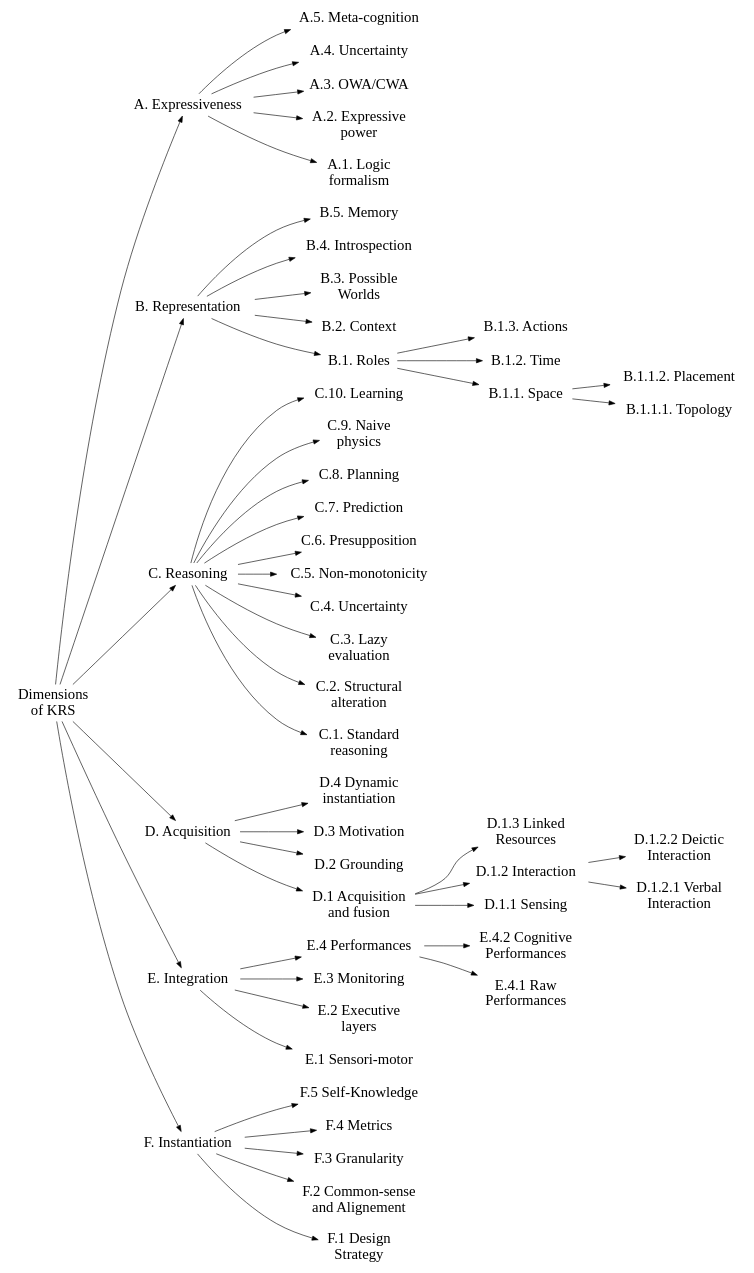
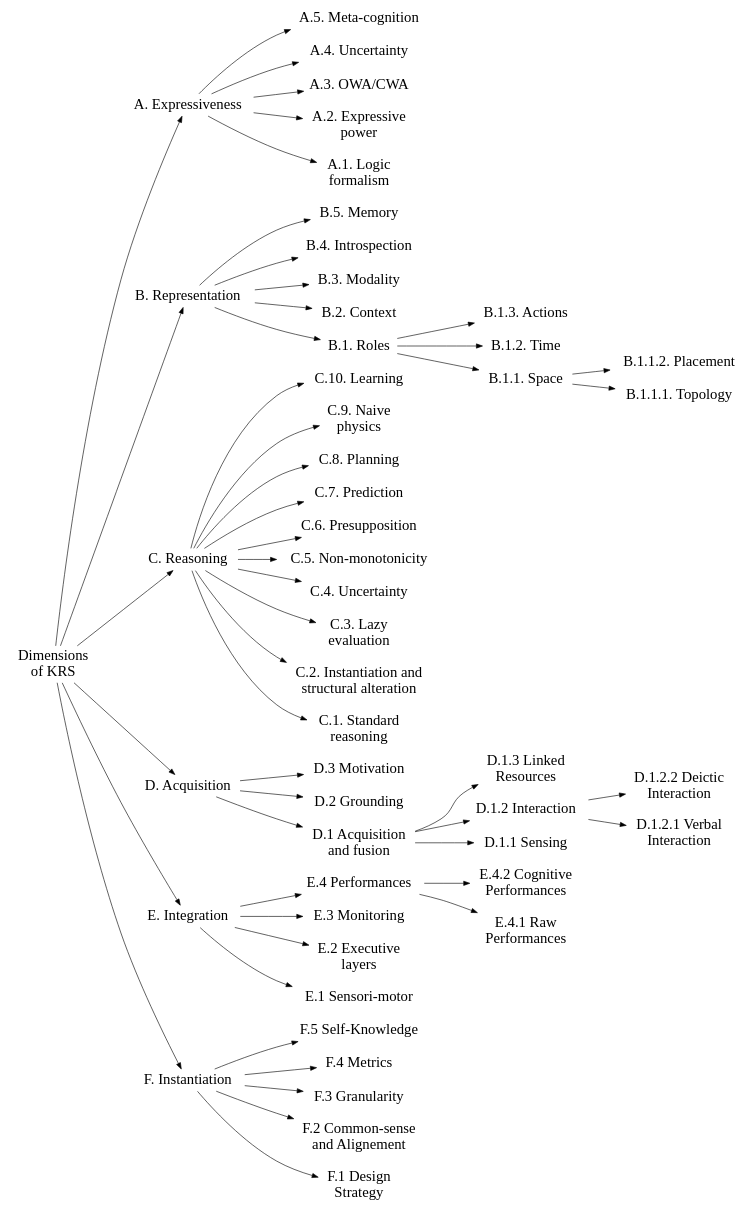
Before and after one commit to severin-lemaignan/these: the diagram in images/taxonomy.dot, drawn with Graphviz. The commit also changed 3 other files, not shown here.

```diff
--- a/images/taxonomy.dot
+++ b/images/taxonomy.dot
@@ -1,129 +1,127 @@
 strict digraph Knowledge {
 
 rankdir=LR;
 overlap=scale;
 
 node [shape=plaintext,fontsize=24,fontname="Ubuntu"];
 
 root [label="Dimensions\nof KRS"];
 root -> A;
 root -> B;
 root -> C;
 root -> D;
 root -> E;
 root -> F;
 
 F [label="F. Instantiation"];
 E [label="E. Integration"];
 D [label="D. Acquisition"];
 C [label="C. Reasoning"];
 B [label="B. Representation"];
 A [label="A. Expressiveness"];
 
 
 A5 [label="A.5. Meta-cognition"];
 A4 [label="A.4. Uncertainty"];
 A3 [label="A.3. OWA/CWA"];
 A2 [label="A.2. Expressive\n power"];
 A1 [label="A.1. Logic\n formalism"];
 
 A -> A1;
 A -> A2;
 A -> A3;
 A -> A4;
 A -> A5;
 
 B5 [label="B.5. Memory"];
 B4 [label="B.4. Introspection"];
-B3 [label="B.3. Possible\n Worlds"];
+B3 [label="B.3. Modality"];
 B2 [label="B.2. Context"];
 B1 [label="B.1. Roles"];
 
 
 B13 [label="B.1.3. Actions"];
 B12 [label="B.1.2. Time"];
 B11 [label="B.1.1. Space"];
 
 B112 [label="B.1.1.2. Placement"];
 B111 [label="B.1.1.1. Topology"];
 
 B -> B1 -> B11 -> B111;
            B11 -> B112;
      B1 -> B12;
      B1 -> B13;
 B -> B2;
 B -> B3;
 B -> B4;
 B -> B5;
 
 
 
 C10 [label="C.10. Learning"];
 C9 [label="C.9. Naive\n physics"];
 C8 [label="C.8. Planning"];
 C7 [label="C.7. Prediction"];
 C6 [label="C.6. Presupposition"];
 C5 [label="C.5. Non-monotonicity"];
 C4 [label="C.4. Uncertainty"];
 C3 [label="C.3. Lazy\n evaluation"];
-C2 [label="C.2. Structural\n alteration"];
+C2 [label="C.2. Instantiation and\n structural alteration"];
 C1 [label="C.1. Standard\n reasoning"];
 
 C -> C1;
 C -> C2;
 C -> C3;
 C -> C4;
 C -> C5;
 C -> C6;
 C -> C7;
 C -> C8;
 C -> C9;
 C -> C10;
 
-D4 [label="D.4 Dynamic\n instantiation"];
 D3 [label="D.3 Motivation"];
 D2 [label="D.2 Grounding"];
 D1 [label="D.1 Acquisition\n and fusion"];
 
 D13 [label="D.1.3 Linked\n Resources"];
 D12 [label="D.1.2 Interaction"];
 D11 [label="D.1.1 Sensing"];
 
 D122 [label="D.1.2.2 Deictic\n Interaction"];
 D121 [label="D.1.2.1 Verbal\n Interaction"];
 
 D -> D1 -> D11;
      D1 -> D12 -> D121;
            D12 -> D122;
      D1 -> D13;
 D -> D2;
 D -> D3;
-D -> D4;
 
 E4 [label="E.4 Performances"];
 E3 [label="E.3 Monitoring"];
 E2 [label="E.2 Executive\n layers"];
 E1 [label="E.1 Sensori-motor"];
 
 E42 [label="E.4.2 Cognitive\n Performances"];
 E41 [label="E.4.1 Raw\n Performances"];
 
 E -> E1;
 E -> E2;
 E -> E3;
 E -> E4 -> E41;
      E4 -> E42;
 
 F5 [label="F.5 Self-Knowledge"];
 F4 [label="F.4 Metrics"];
 F3 [label="F.3 Granularity"];
 F2 [label="F.2 Common-sense\n and Alignement"];
 F1 [label="F.1 Design\n Strategy"];
 
 F -> F1;
 F -> F2;
 F -> F3;
 F -> F4;
 F -> F5;
 
 }
```
